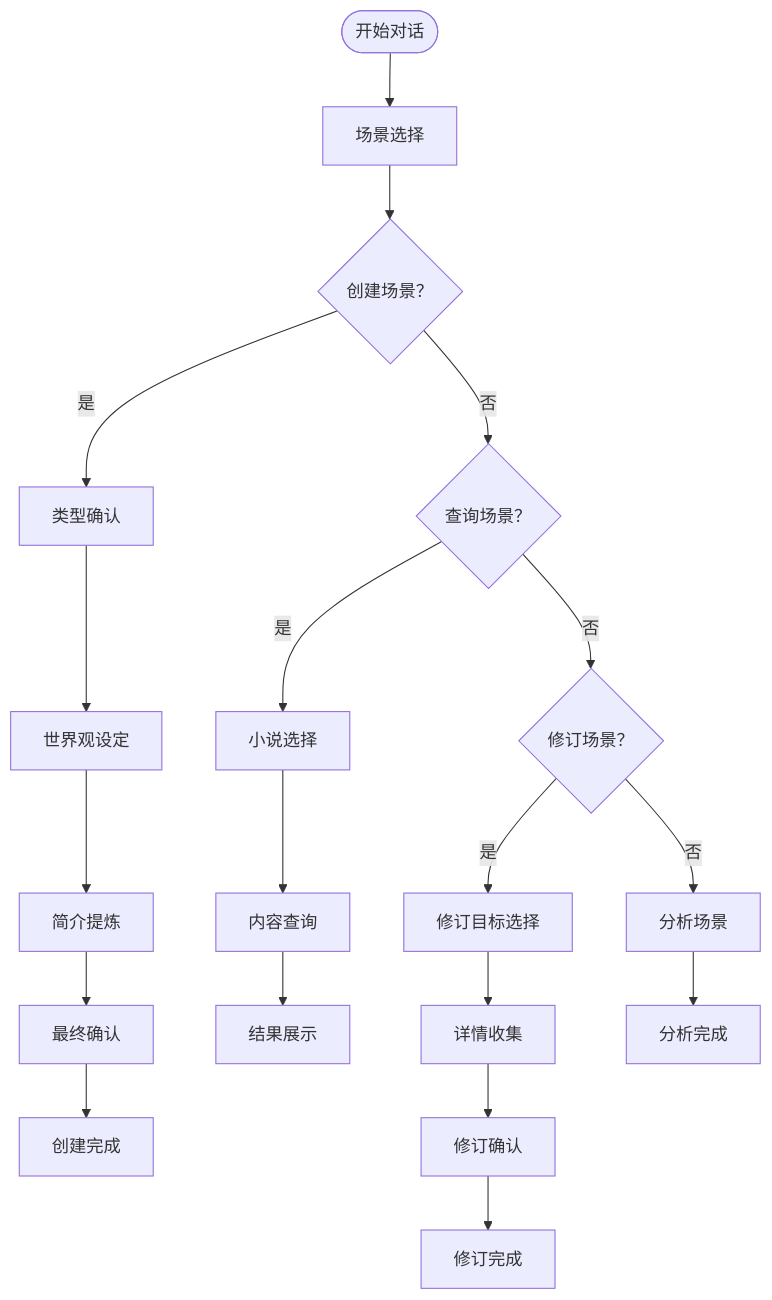
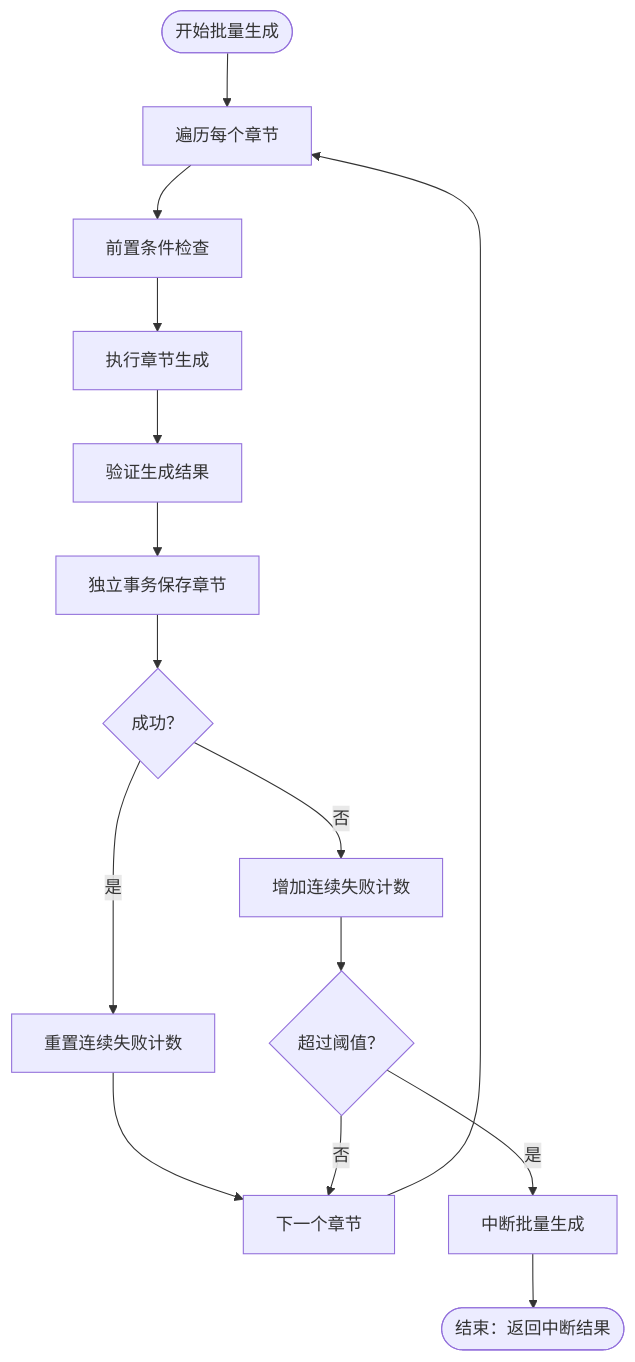
Before and after one commit to xfbyxq/ai-novel-system: the eighth of 9 diagrams in .qoder/repowiki/zh/content/后端架构/服务层设计.md, drawn with Mermaid. The commit also changed other lines of this file and 38 other files, not shown here.

````diff
--- a/.qoder/repowiki/zh/content/后端架构/服务层设计.md
+++ b/.qoder/repowiki/zh/content/后端架构/服务层设计.md
@@ -542,21 +476,17 @@
 ```mermaid
 flowchart TD
-Start(["开始对话"]) --> SceneSel["场景选择"]
-SceneSel --> Create{"创建场景？"}
-Create --> |是| Genre["类型确认"]
-Create --> |否| QuerySel{"查询场景？"}
-QuerySel --> |是| NovSel["小说选择"]
-QuerySel --> |否| ReviseSel{"修订场景？"}
-ReviseSel --> |是| RevTarget["修订目标选择"]
-ReviseSel --> |否| Analyze["分析场景"]
-Genre --> WorldSet["世界观设定"]
-WorldSet --> Synopsis["简介提炼"]
-Synopsis --> FinalConf["最终确认"]
-FinalConf --> CreateComplete["创建完成"]
-NovSel --> ContentQuery["内容查询"]
-ContentQuery --> ResultDisplay["结果展示"]
-RevTarget --> DetailCollection["详情收集"]
-DetailCollection --> RevConfirm["修订确认"]
-RevConfirm --> RevComplete["修订完成"]
-Analyze --> AnalyzeComplete["分析完成"]
+Start(["开始批量生成"]) --> ForEach["遍历每个章节"]
+ForEach --> Validate["前置条件检查"]
+Validate --> Generate["执行章节生成"]
+Generate --> ValidateResult["验证生成结果"]
+ValidateResult --> Save["独立事务保存章节"]
+Save --> Success{"成功？"}
+Success --> |是| ResetFail["重置连续失败计数"]
+ResetFail --> Next["下一个章节"]
+Success --> |否| FailCount["增加连续失败计数"]
+FailCount --> CheckThreshold{"超过阈值？"}
+CheckThreshold --> |是| Interrupt["中断批量生成"]
+CheckThreshold --> |否| Next
+Interrupt --> End(["结束：返回中断结果"])
+Next --> ForEach
 ```
````
